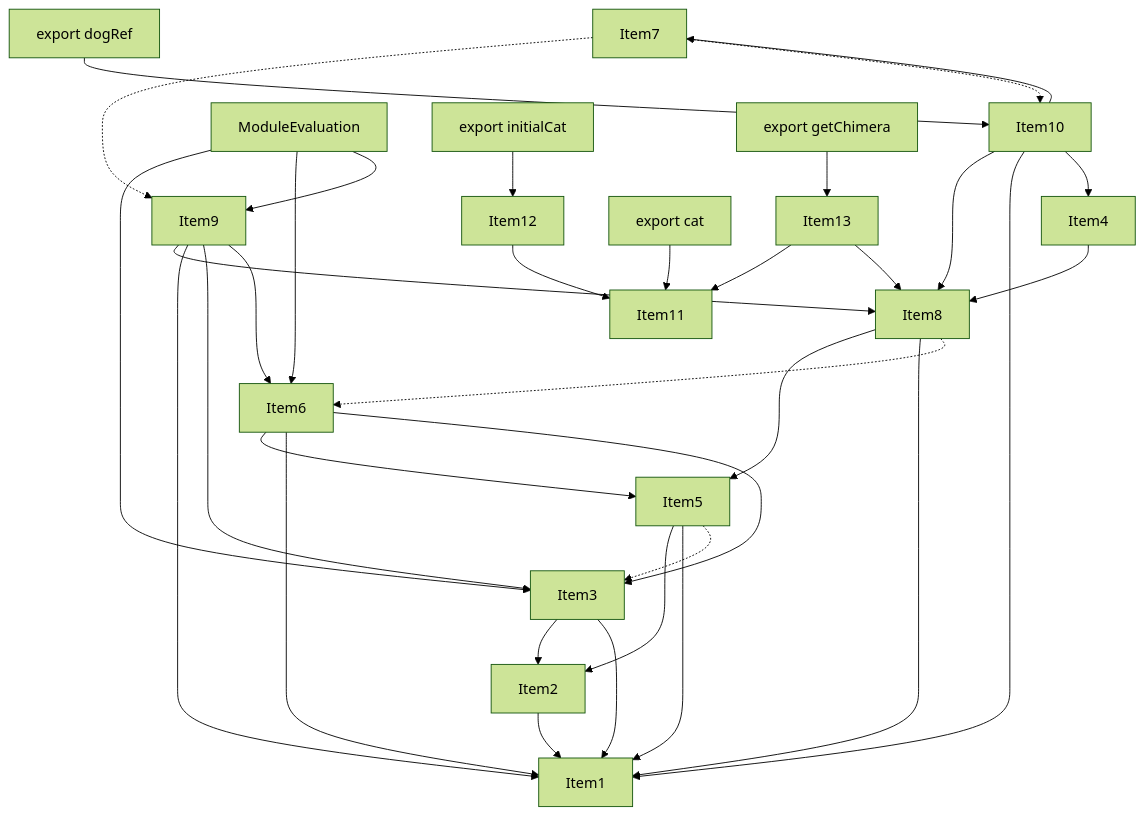
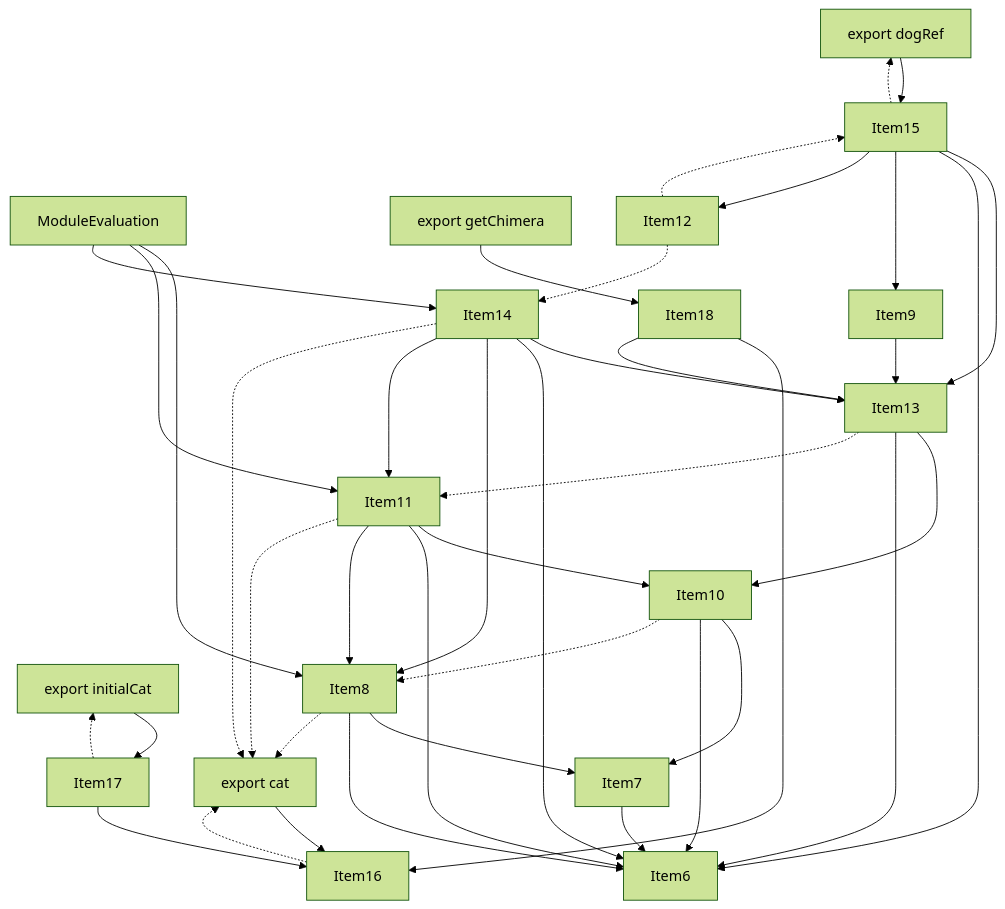
Before and after one commit to vercel/turborepo: the fourth of 5 diagrams in crates/turbopack-ecmascript/tests/tree-shaker/analyzer/complex/output.md, drawn with Mermaid (forest theme). The commit also changed other lines of this file and 24 other files, not shown here.

````diff
--- a/crates/turbopack-ecmascript/tests/tree-shaker/analyzer/complex/output.md
+++ b/crates/turbopack-ecmascript/tests/tree-shaker/analyzer/complex/output.md
@@ -290,59 +296,65 @@
 ```mermaid
 graph TD
     Item1;
+    Item1["ModuleEvaluation"];
     Item2;
+    Item2["export cat"];
     Item3;
+    Item3["export dogRef"];
     Item4;
+    Item4["export getChimera"];
     Item5;
+    Item5["export initialCat"];
     Item6;
     Item7;
     Item8;
     Item9;
     Item10;
     Item11;
     Item12;
     Item13;
     Item14;
-    Item14["ModuleEvaluation"];
     Item15;
-    Item15["export dogRef"];
     Item16;
-    Item16["export cat"];
     Item17;
-    Item17["export initialCat"];
     Item18;
-    Item18["export getChimera"];
-    Item2 --> Item1;
-    Item3 --> Item2;
-    Item3 --> Item1;
-    Item5 --> Item2;
-    Item5 --> Item1;
-    Item5 -.-> Item3;
-    Item6 --> Item5;
-    Item6 --> Item1;
-    Item6 --> Item3;
-    Item8 --> Item5;
-    Item8 --> Item1;
-    Item8 -.-> Item6;
-    Item9 --> Item8;
-    Item9 --> Item1;
-    Item9 --> Item3;
-    Item9 --> Item6;
-    Item10 --> Item8;
-    Item10 --> Item1;
-    Item10 --> Item4;
+    Item4 --> Item18;
+    Item7 --> Item6;
+    Item8 --> Item7;
+    Item8 --> Item6;
+    Item8 -.-> Item2;
     Item10 --> Item7;
-    Item12 --> Item11;
-    Item15 --> Item10;
-    Item16 --> Item11;
-    Item17 --> Item12;
+    Item10 --> Item6;
+    Item10 -.-> Item8;
+    Item11 --> Item10;
+    Item11 --> Item6;
+    Item11 --> Item8;
+    Item11 -.-> Item2;
+    Item13 --> Item10;
+    Item13 --> Item6;
+    Item13 -.-> Item11;
+    Item14 --> Item13;
+    Item14 --> Item6;
+    Item14 --> Item8;
+    Item14 --> Item11;
+    Item14 -.-> Item2;
+    Item15 --> Item13;
+    Item15 --> Item6;
+    Item15 --> Item9;
+    Item15 --> Item12;
+    Item15 -.-> Item3;
+    Item16 -.-> Item2;
+    Item17 --> Item16;
+    Item17 -.-> Item5;
+    Item9 --> Item13;
+    Item12 -.-> Item14;
+    Item12 -.-> Item15;
+    Item18 --> Item16;
     Item18 --> Item13;
-    Item4 --> Item8;
-    Item7 -.-> Item9;
-    Item7 -.-> Item10;
-    Item13 --> Item11;
-    Item13 --> Item8;
-    Item14 --> Item3;
-    Item14 --> Item6;
-    Item14 --> Item9;
+    Item1 --> Item8;
+    Item1 --> Item11;
+    Item1 --> Item14;
+    Item2 --> Item16;
+    Item3 --> Item15;
+    Item5 --> Item17;
 ```
````
